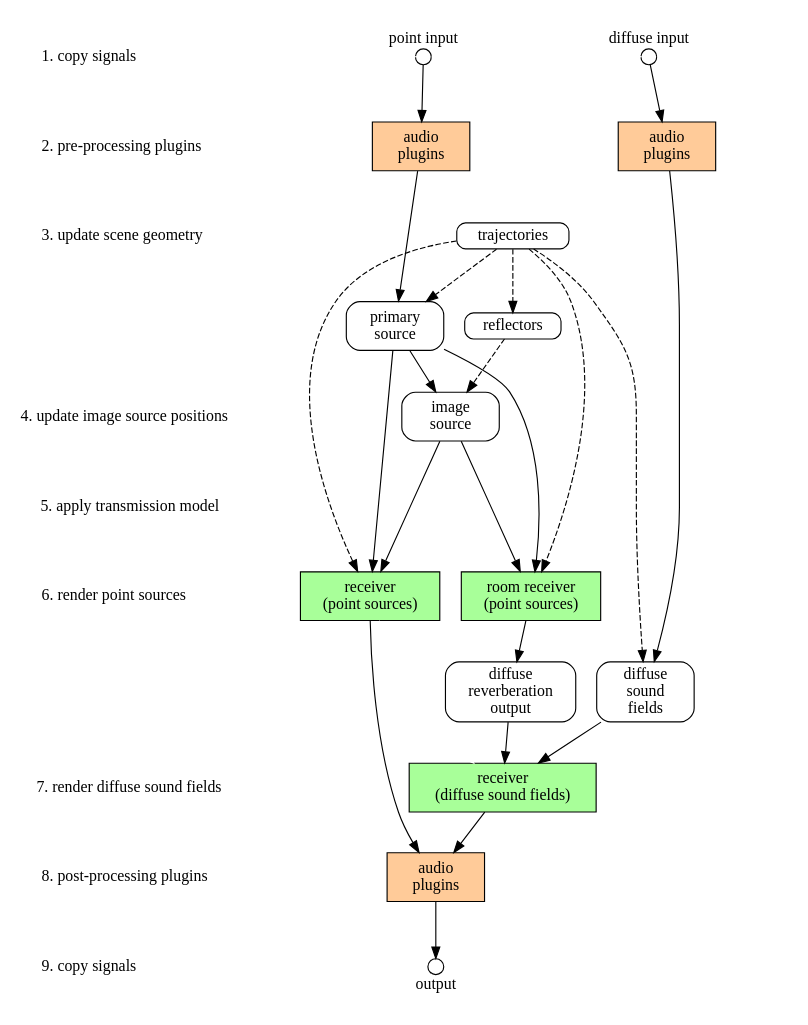
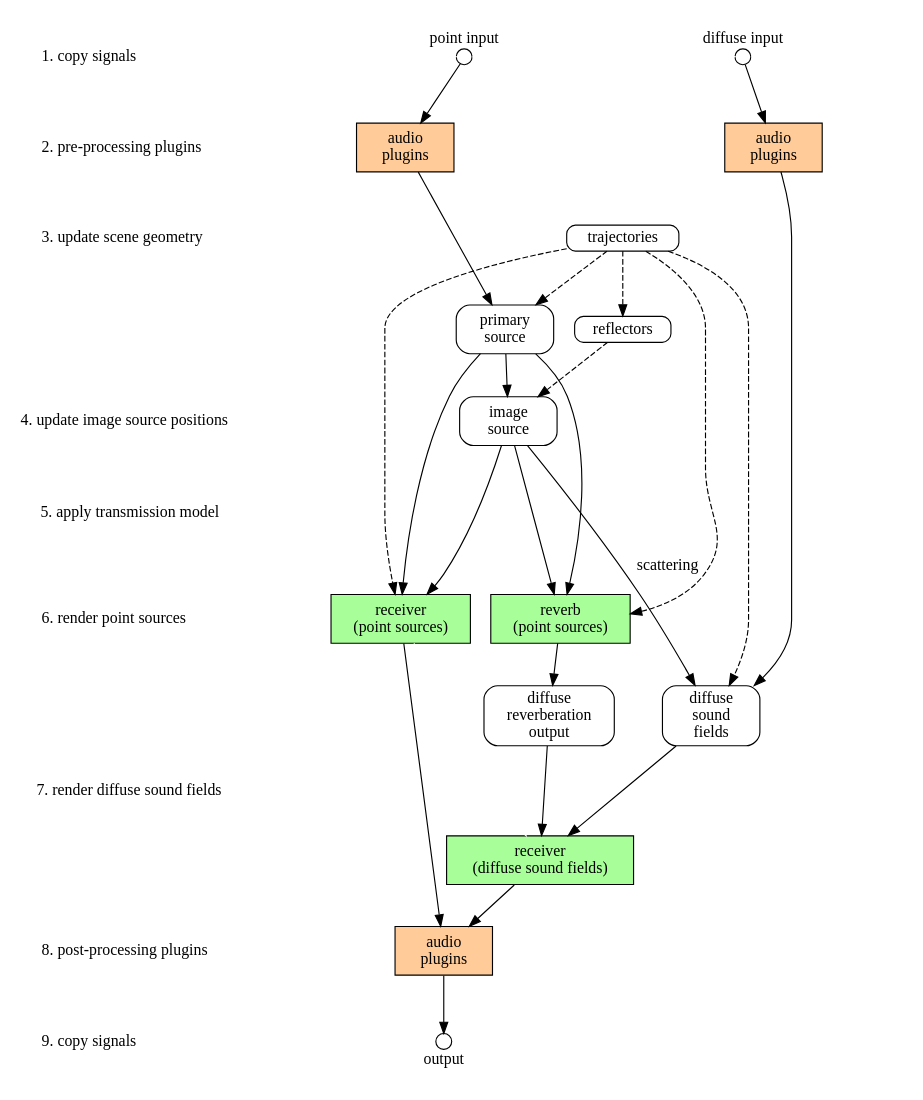
Before and after one commit to HoerTech-gGmbH/tascar: the diagram in manual/acousticmodel.dot, drawn with Graphviz.

Commit message:
update signal flow

```diff
--- a/manual/acousticmodel.dot
+++ b/manual/acousticmodel.dot
@@ -1,154 +1,156 @@
 digraph ap {
 
 	margin = "0";
 	pad = "0.3";
 
 	node [width = 1.2,height = 0.6,shape="Mrecord"];
 
 	{
 		// plugins:
 		node [style="filled",fillcolor="#ffcb99",shape="box"];
 		preprocdiff;
 		preprocpoint;
 		postproc [label="audio\nplugins"];
 	}
 
 	{
 		// receiver:
 		node [fillcolor="#a8ff99",style="filled",shape="box"];
 		rcvpoint;
 		rcvdiff;
 		rcvreverb;
 	}
 	
 	{
 		node [shape="circle",width=0.2,height=0.2,fixedsize="true"];
 		i1;
 		i2;
 		output;
 	}
 
 	{
 		node [shape="none",width="3",fixedsize="true"];
 		s1 [label="1. copy signals\l"];
 		s2 [label="2. pre-processing plugins\l"];
 		s3 [label="3. update scene geometry\l"];
 		s4 [label="4. update image source positions\l"];
 		s5 [label="5. apply transmission model\l"];
 		s6 [label="6. render point sources\l"];
 		s7 [label="7. render diffuse sound fields\l"];
 		s8 [label="8. post-processing plugins\l"];
 		s9 [label="9. copy signals\l"];
 	}
 
 	{
 		edge [head="none",tail="none",color="#ffffff"];
 		s1 -> s2 -> s3 -> s4 -> s5 -> s6 -> s7 -> s8 -> s9;
 		s1 -> nix2 -> i2 -> nix3 -> i1 -> nix;
 		rcvpoint -> rcvdiff;
 	}
 
 	{
 		rank = "same";
 		s2;
 		preprocdiff [label="audio\nplugins"];
 		preprocpoint [label="audio\nplugins"];
 	}
 	
 	{
 		rank = "min";
 		s1;
 		i1 [label="diffuse input\n\n\n"];
 		i2 [label="point input\n\n\n"];
 		nix [label="",shape="none"];
 		nix2 [label="",shape="none"];
 		nix3 [label="",shape="none"];
 	}
 
 	{
 		rank = "same";
 		s8;
 		postproc;
 	}
 
 	{
 		rank = "same";
 		geo [width="0.1",height="0.1",label="trajectories"];
 		s3;
 	}
 
 	{
 		rank = "same";
 		s4;
 		imgsrc;
 	}
 
 	{
 		rank ="same";
 		s6;
 		rcvpoint;
 		rcvreverb;
 	}
 
 	{
 		rank = "same";
 		diff;
 		diffreverb;
 	}
 
 	reflectors [width="0.1",height="0.1"];
 
 	{
 		edge [style="dashed"];
 		geo -> prisrc;
 		geo -> diff;
 		geo -> reflectors -> imgsrc;
 		geo -> rcvpoint;
 		geo -> rcvreverb;
 	}
 	
 	{
 		rank = "max";
 		output [label="\n\noutput"];
 		s9;
 	}
 	
 	diff [label="diffuse\nsound\nfields"];
 	diffreverb [label="diffuse\nreverberation\noutput"];
 
 	prisrc [label="primary\nsource"];
 	imgsrc [label="image\nsource"];
 
 	rcvpoint [label="receiver\n(point sources)"];
 	rcvdiff [label="receiver\n(diffuse sound fields)"];
-	rcvreverb [label="room receiver\n(point sources)"];
+	rcvreverb [label="reverb\n(point sources)"];
 	diffreverb;
 
 	i1 -> preprocdiff -> diff;
 	i2 -> preprocpoint -> prisrc;
 
 	prisrc -> imgsrc;
 
 	prisrc -> rcvpoint;
 	imgsrc -> rcvpoint;
+
+  imgsrc -> diff [label="scattering"];
 
 	prisrc -> rcvreverb;
 	imgsrc -> rcvreverb;
 
 	rcvreverb -> diffreverb;
 
 	diff -> rcvdiff;
 	diffreverb -> rcvdiff;
 
 	
 	rcvpoint -> postproc -> output;
 	rcvdiff -> postproc;
   
 }
 
 /*
  * Local Variables:
  * mode: c
  * c-basic-offset: 2
  * End:
  */
```
